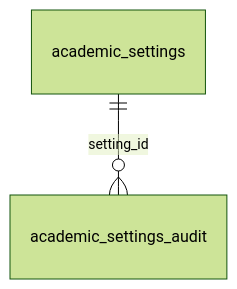
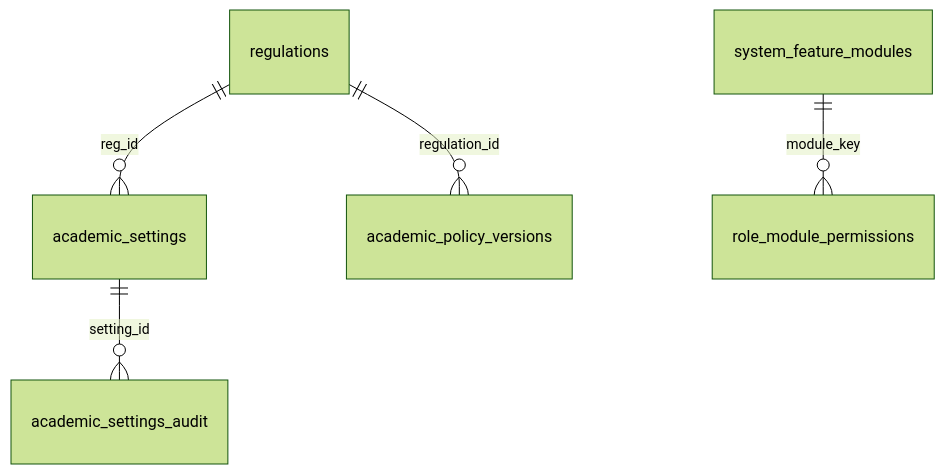
One commit to katamanilprojects/sarb changed the seventh of 12 diagrams in docs/database/relationships.md. Above: the diagram before and after it, drawn with Mermaid (forest theme). The commit also changed other lines of this file and 125 other files, not shown here.

````diff
--- a/docs/database/relationships.md
+++ b/docs/database/relationships.md
@@ -232,4 +243,7 @@
 ```mermaid
 erDiagram
+    regulations ||--o{ academic_settings : "reg_id"
+    regulations ||--o{ academic_policy_versions : "regulation_id"
     academic_settings ||--o{ academic_settings_audit : "setting_id"
+    system_feature_modules ||--o{ role_module_permissions : "module_key"
 ```
````
